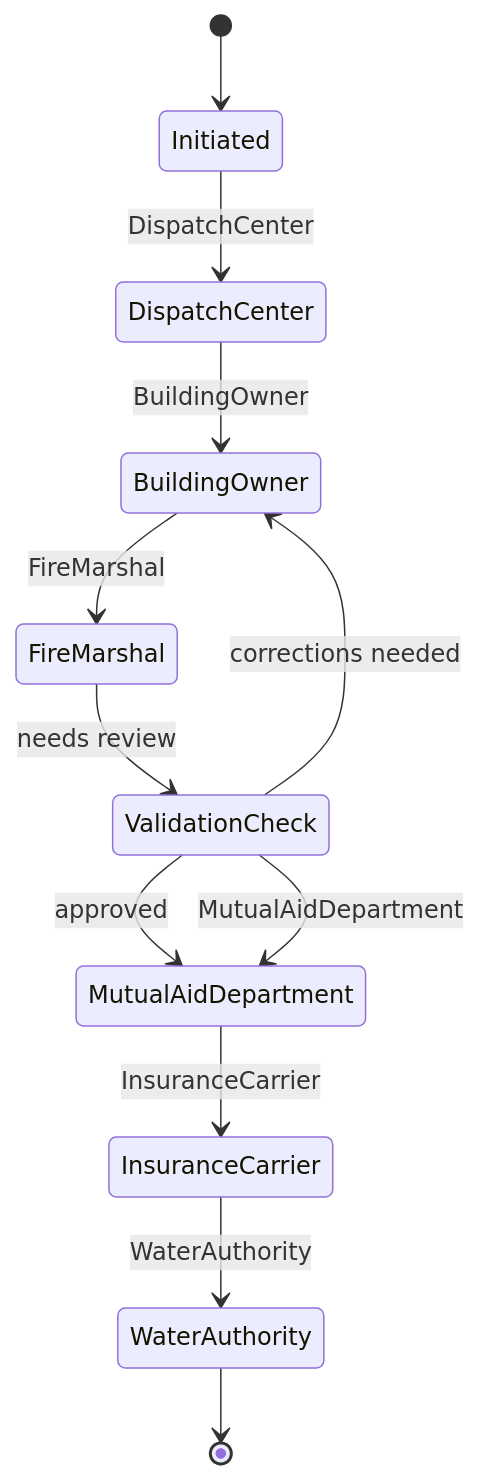
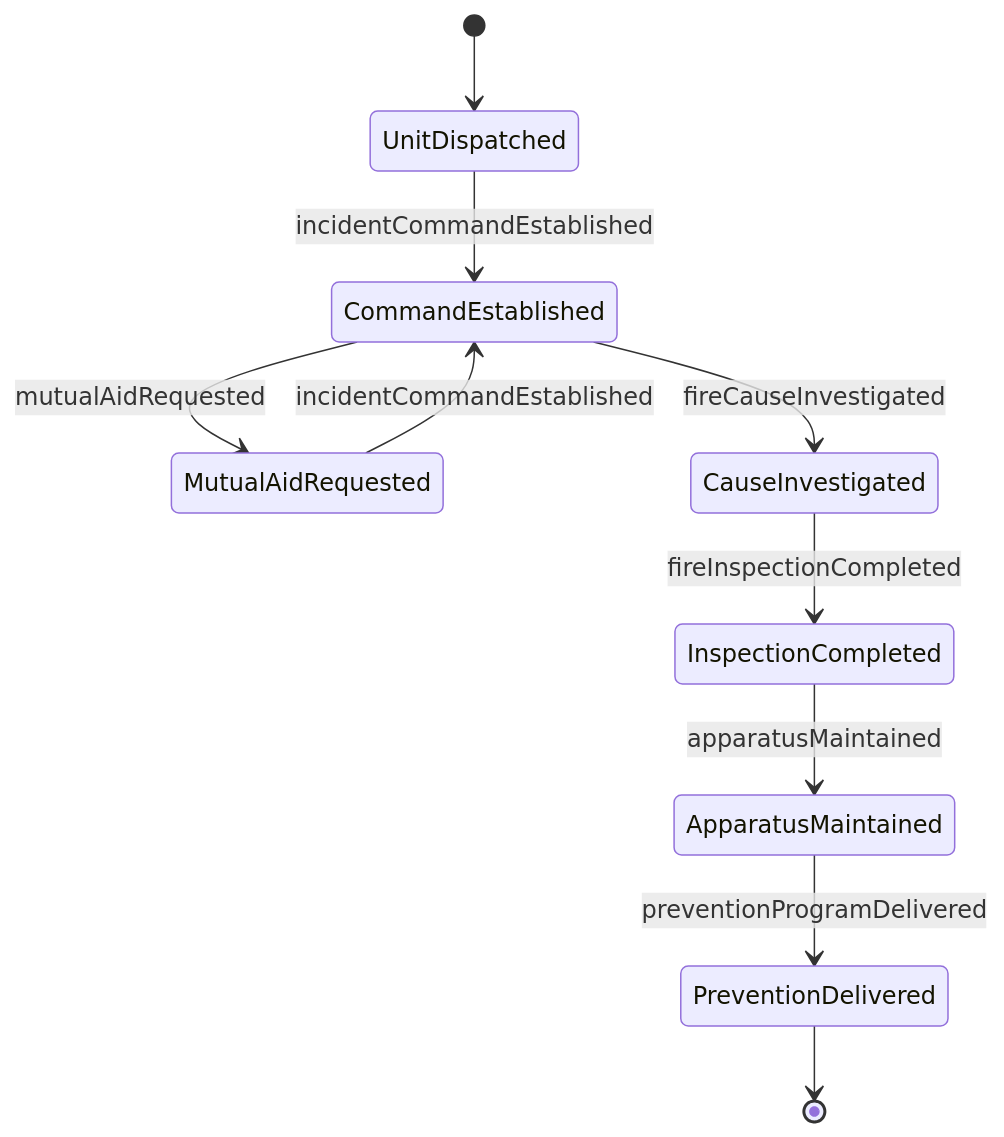
One commit to dot-org-ai/tasks.org.ai changed the second of 4 diagrams in GuidingDirectingAndMotivatingSubordinates/DirectSecurityOrSafetyActivitiesOrOperations/DirectFireFightingPreventionActivities.mdx. Above: the diagram before and after it, drawn with Mermaid. The commit also changed other lines of this file and 515 other files, not shown here.

````diff
--- a/GuidingDirectingAndMotivatingSubordinates/DirectSecurityOrSafetyActivitiesOrOperations/DirectFireFightingPreventionActivities.mdx
+++ b/GuidingDirectingAndMotivatingSubordinates/DirectSecurityOrSafetyActivitiesOrOperations/DirectFireFightingPreventionActivities.mdx
@@ -103,14 +104,12 @@
 ```mermaid
 stateDiagram-v2
-    [*] --> Initiated
-    Initiated --> DispatchCenter: DispatchCenter
-    DispatchCenter --> BuildingOwner: BuildingOwner
-    BuildingOwner --> FireMarshal: FireMarshal
-    FireMarshal --> ValidationCheck: needs review
-    ValidationCheck --> BuildingOwner: corrections needed
-    ValidationCheck --> MutualAidDepartment: approved
-    ValidationCheck --> MutualAidDepartment: MutualAidDepartment
-    MutualAidDepartment --> InsuranceCarrier: InsuranceCarrier
-    InsuranceCarrier --> WaterAuthority: WaterAuthority
-    WaterAuthority --> [*]
+    [*] --> UnitDispatched
+    UnitDispatched --> CommandEstablished : incidentCommandEstablished
+    CommandEstablished --> MutualAidRequested : mutualAidRequested
+    MutualAidRequested --> CommandEstablished : incidentCommandEstablished
+    CommandEstablished --> CauseInvestigated : fireCauseInvestigated
+    CauseInvestigated --> InspectionCompleted : fireInspectionCompleted
+    InspectionCompleted --> ApparatusMaintained : apparatusMaintained
+    ApparatusMaintained --> PreventionDelivered : preventionProgramDelivered
+    PreventionDelivered --> [*]
 ```
````
